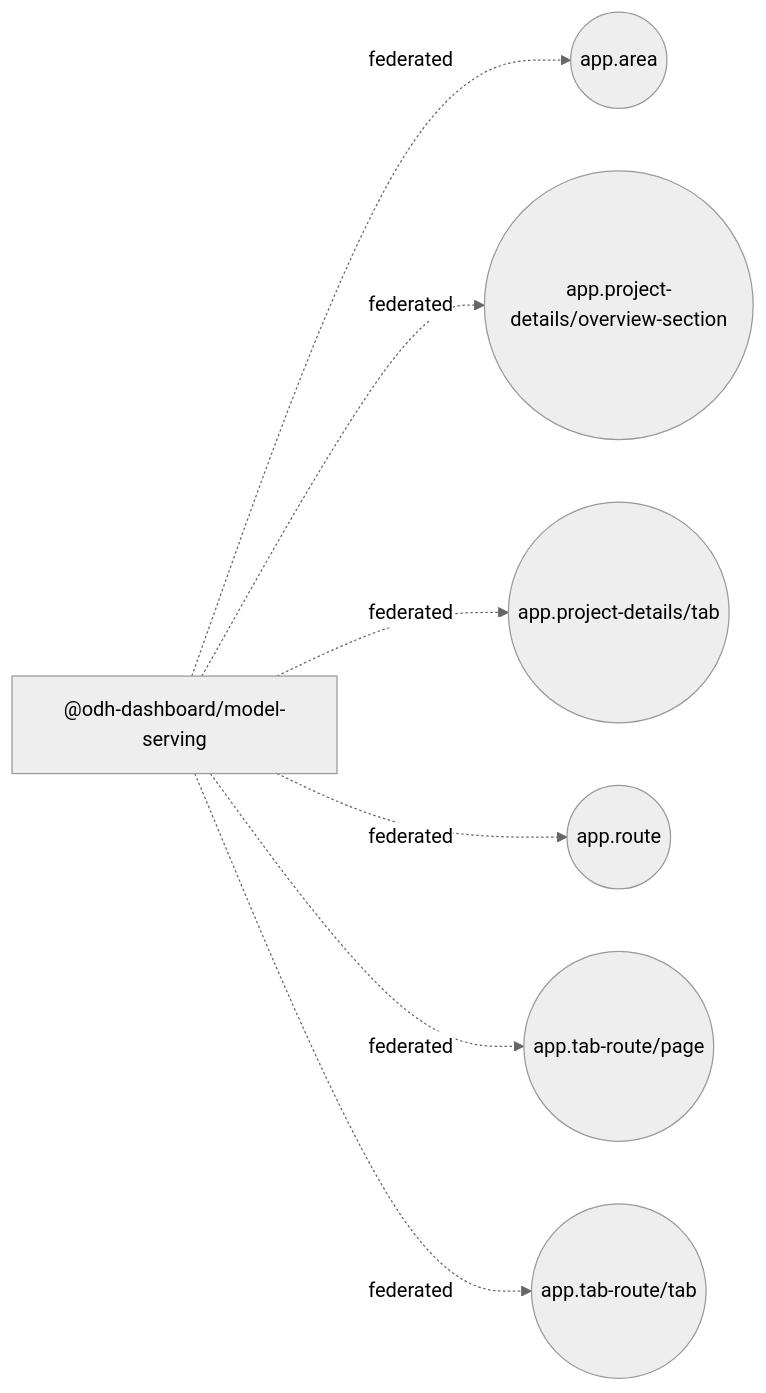
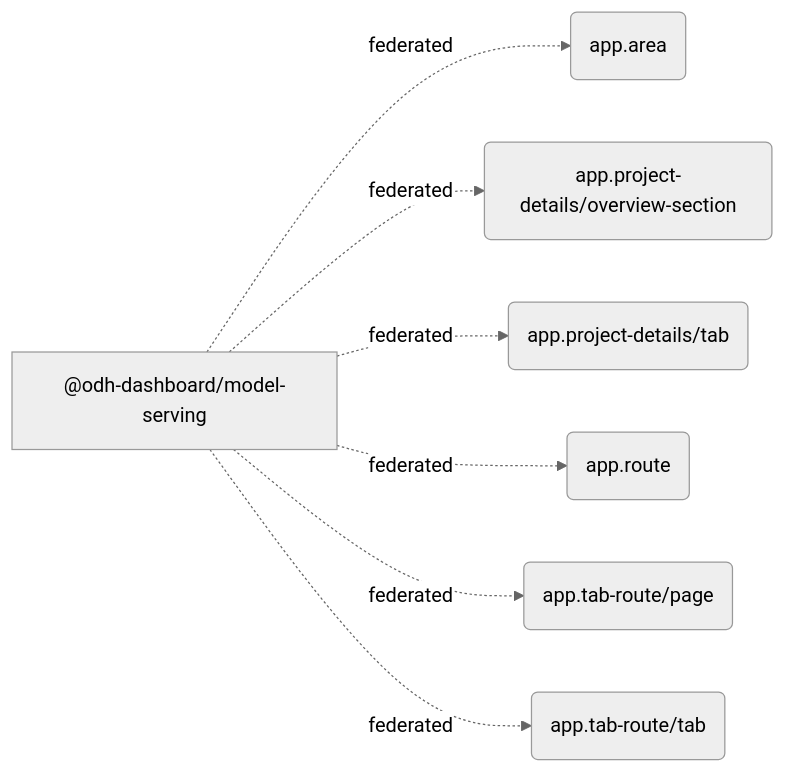
One commit to mturley/odh-dashboard changed the first of 4 diagrams in packages/model-serving/docs/extensions.md. Above: the diagram before and after it, drawn with Mermaid (neutral theme). The commit also changed other lines of this file and 24 other files, not shown here.

````diff
--- a/packages/model-serving/docs/extensions.md
+++ b/packages/model-serving/docs/extensions.md
@@ -319,16 +319,16 @@
 ```mermaid
 flowchart LR
   pkg_n__odh_dashboard_model_serving_548436["@odh-dashboard/model-serving"]
-  point_n_app_area_bcfe23(("app.area"))
+  point_n_app_area_bcfe23("app.area")
   pkg_n__odh_dashboard_model_serving_548436 -. "federated" .-> point_n_app_area_bcfe23
-  point_n_app_project_details_overview_section_fbdb30(("app.project-details/overview-section"))
+  point_n_app_project_details_overview_section_fbdb30("app.project-details/overview-section")
   pkg_n__odh_dashboard_model_serving_548436 -. "federated" .-> point_n_app_project_details_overview_section_fbdb30
-  point_n_app_project_details_tab_621c38(("app.project-details/tab"))
+  point_n_app_project_details_tab_621c38("app.project-details/tab")
   pkg_n__odh_dashboard_model_serving_548436 -. "federated" .-> point_n_app_project_details_tab_621c38
-  point_n_app_route_2735df(("app.route"))
+  point_n_app_route_2735df("app.route")
   pkg_n__odh_dashboard_model_serving_548436 -. "federated" .-> point_n_app_route_2735df
-  point_n_app_tab_route_page_976575(("app.tab-route/page"))
+  point_n_app_tab_route_page_976575("app.tab-route/page")
   pkg_n__odh_dashboard_model_serving_548436 -. "federated" .-> point_n_app_tab_route_page_976575
-  point_n_app_tab_route_tab_10b1cd(("app.tab-route/tab"))
+  point_n_app_tab_route_tab_10b1cd("app.tab-route/tab")
   pkg_n__odh_dashboard_model_serving_548436 -. "federated" .-> point_n_app_tab_route_tab_10b1cd
 ```
````
